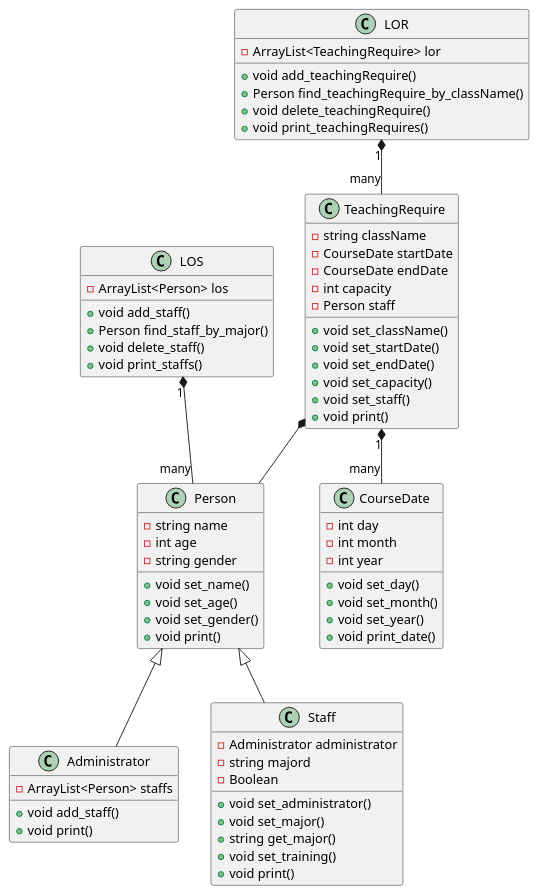
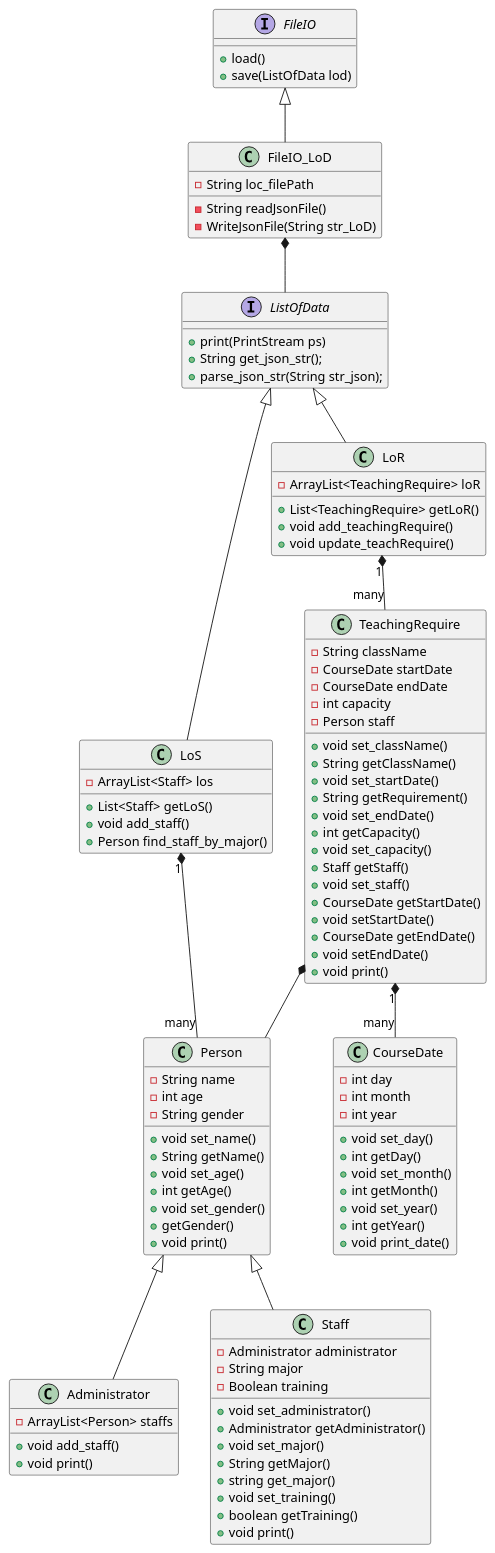
One commit to LancerMar/SEassessment2 changed the diagram in UML/classdiagram.md. Above: the diagram before and after it, drawn with PlantUML. The commit also changed 1 other file, not shown here.

Commit message:
class diagram modify

```diff
--- a/UML/classdiagram.md
+++ b/UML/classdiagram.md
@@ -2,78 +2,115 @@
 @startuml
 
 class Person {
-    - string name
+    - String name
     - int age
-    - string gender
+    - String gender
     + void set_name()
+    + String getName()
     + void set_age()
+    + int getAge()
     + void set_gender()
+    + getGender()
     + void print()
 }
 
 class Administrator {
     - ArrayList<Person> staffs
     + void add_staff()
-    + void print() 
+    + void print()
 }
 
 class Staff {
     - Administrator administrator
-    - string majord
-    - Boolean 
+    - String major
+    - Boolean training
     + void set_administrator()
+    + Administrator getAdministrator()
     + void set_major()
+    + String getMajor()
     + string get_major()
     + void set_training()
+    + boolean getTraining()
     + void print()
 }
 
-class LOS{
-    - ArrayList<Person> los
+class LoS{
+    - ArrayList<Staff> los
+    + List<Staff> getLoS()
     + void add_staff()
     + Person find_staff_by_major()
-    + void delete_staff()
-    + void print_staffs()
 }
 
 Person <|-- Administrator
 Person <|-- Staff
-LOS "1" *-- "many" Person
+LoS "1" *-- "many" Person
 
 class CourseDate{
     - int day
     - int month
     - int year
     + void set_day()
+    + int getDay()
     + void set_month()
+    + int getMonth()
     + void set_year()
+    + int getYear()
     + void print_date()
 }
 
 class TeachingRequire{
-    - string className
+    - String className
     - CourseDate startDate
     - CourseDate endDate
     - int capacity
     - Person staff
     + void set_className()
+    + String getClassName()
     + void set_startDate()
+    + String getRequirement()
     + void set_endDate()
+    + int getCapacity()
     + void set_capacity()
+    + Staff getStaff()
     + void set_staff()
+    + CourseDate getStartDate()
+    + void setStartDate()
+    + CourseDate getEndDate()
+    + void setEndDate()
     + void print() 
 }
 
-class LOR{
-    - ArrayList<TeachingRequire> lor
+class LoR{
+    - ArrayList<TeachingRequire> loR
+    + List<TeachingRequire> getLoR()
     + void add_teachingRequire()
-    + Person find_teachingRequire_by_className()
-    + void delete_teachingRequire()
-    + void print_teachingRequires()
+    + void update_teachRequire()
 }
 
 TeachingRequire "1" *-- "many" CourseDate
-LOR "1" *-- "many" TeachingRequire
+LoR "1" *-- "many" TeachingRequire
 TeachingRequire *-- Person
 
+Interface FileIO{
+    + load()
+    + save(ListOfData lod)
+}
+
+class FileIO_LoD{
+    - String loc_filePath
+    - String readJsonFile()
+    - WriteJsonFile(String str_LoD)
+}
+
+FileIO <|-- FileIO_LoD
+
+interface ListOfData {
+    + print(PrintStream ps)
+    + String get_json_str();
+    + parse_json_str(String str_json);
+}
+
+ListOfData <|-- LoR
+ListOfData <|-- LoS
+FileIO_LoD *-- ListOfData
 @enduml
```
